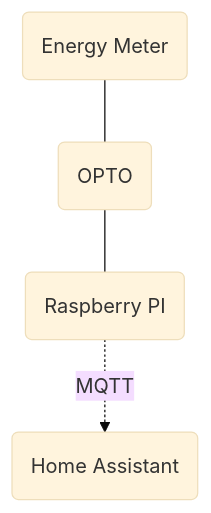
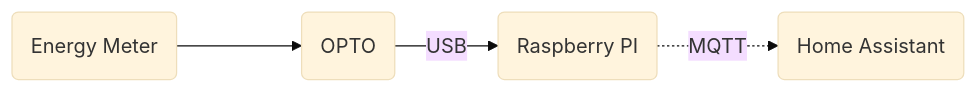
Before and after one commit to rangulvers/smart_meter_setup: the diagram in README.md, drawn with Mermaid (base theme).

````diff
--- a/README.md
+++ b/README.md
@@ -10,8 +10,8 @@
 ```mermaid
 
-flowchart TD
-        A(Energy Meter) --- B(OPTO)
-        B --- C(Raspberry PI)
+flowchart LR
+        A(Energy Meter) ---> B(OPTO)
+        B --USB--> C(Raspberry PI)
         C -.MQTT.-> D(Home Assistant)
 
 ```
````
